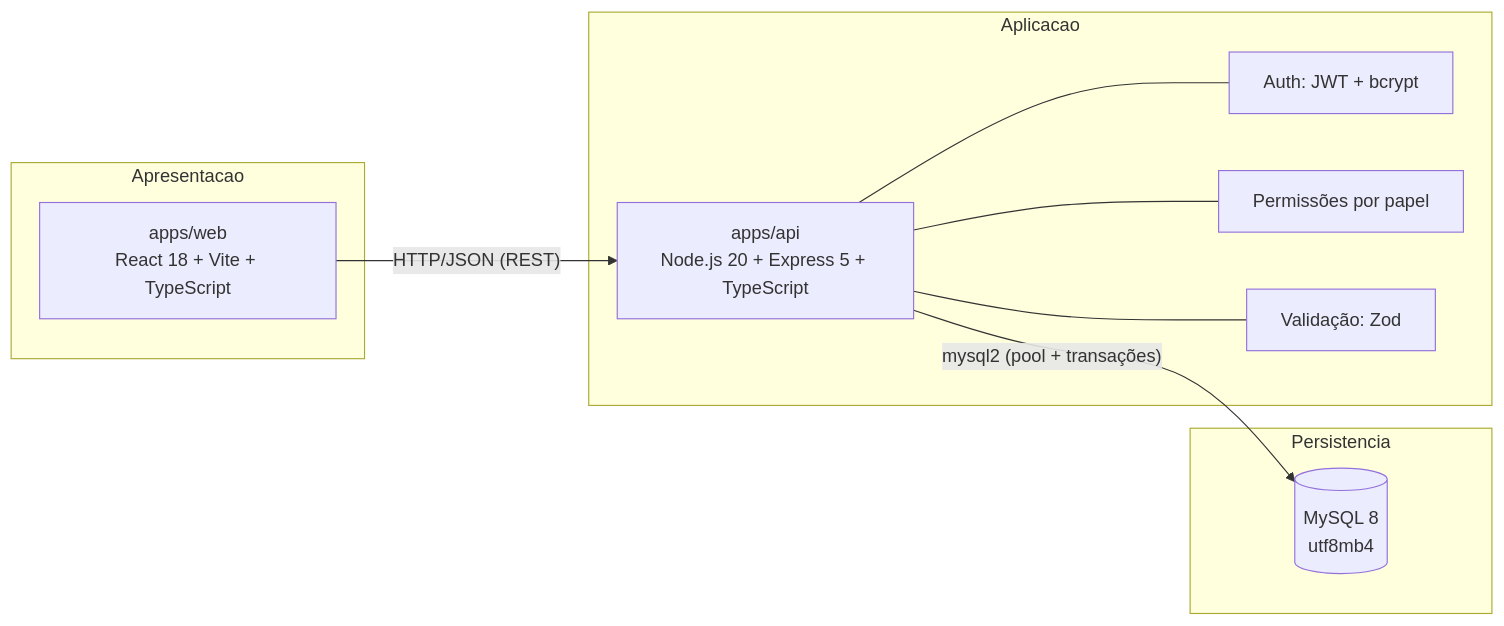
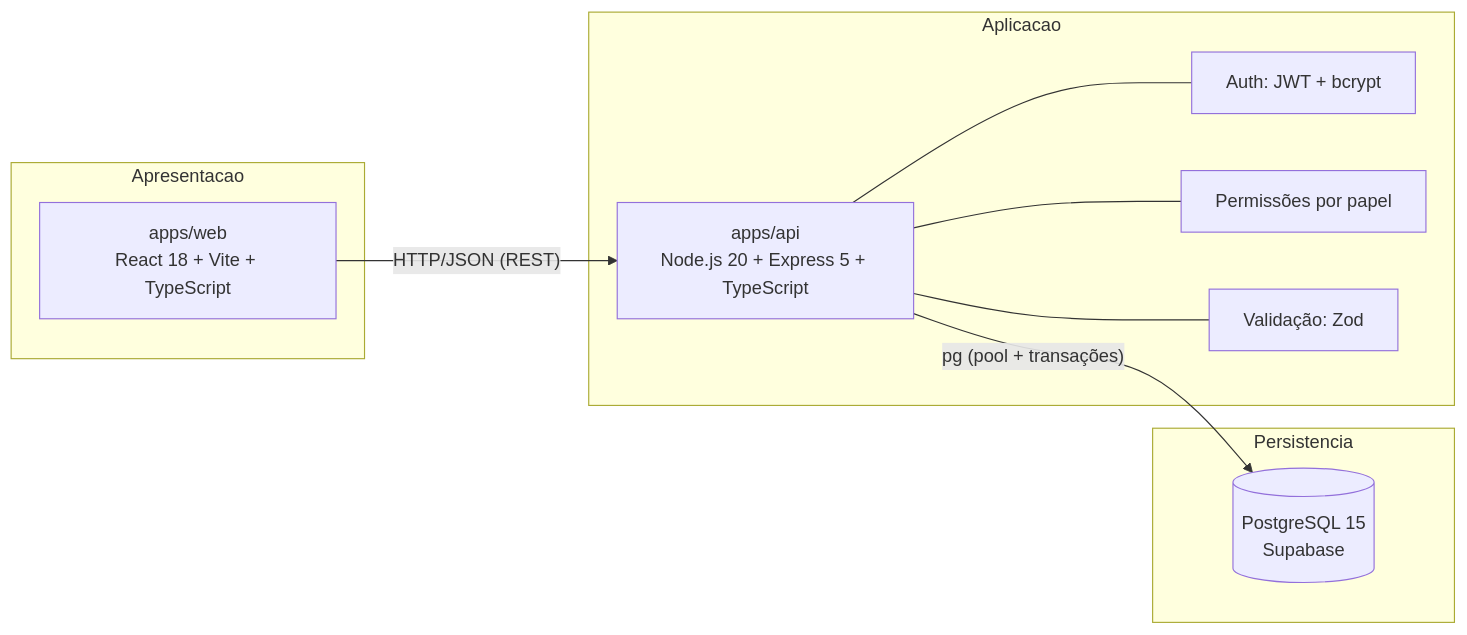
One commit to equipe-polar/polar changed the first of 2 diagrams in docs/arquitetura/arquitetura.md. Above: the diagram before and after it, drawn with Mermaid. The commit also changed other lines of this file and 65 other files, not shown here.

````diff
--- a/docs/arquitetura/arquitetura.md
+++ b/docs/arquitetura/arquitetura.md
@@ -5,20 +5,20 @@
 ```mermaid
 flowchart LR
     subgraph Apresentacao
         WEB["apps/web<br/>React 18 + Vite + TypeScript"]
     end
     subgraph Aplicacao
         API["apps/api<br/>Node.js 20 + Express 5 + TypeScript"]
         AUTH["Auth: JWT + bcrypt"]
         RBAC["Permissões por papel"]
         VAL["Validação: Zod"]
     end
     subgraph Persistencia
-        MYSQL[("MySQL 8<br/>utf8mb4")]
+        PG[("PostgreSQL 15<br/>Supabase")]
     end
     WEB -- "HTTP/JSON (REST)" --> API
     API --- AUTH
     API --- RBAC
     API --- VAL
-    API -- "mysql2 (pool + transações)" --> MYSQL
+    API -- "pg (pool + transações)" --> PG
 ```
````
